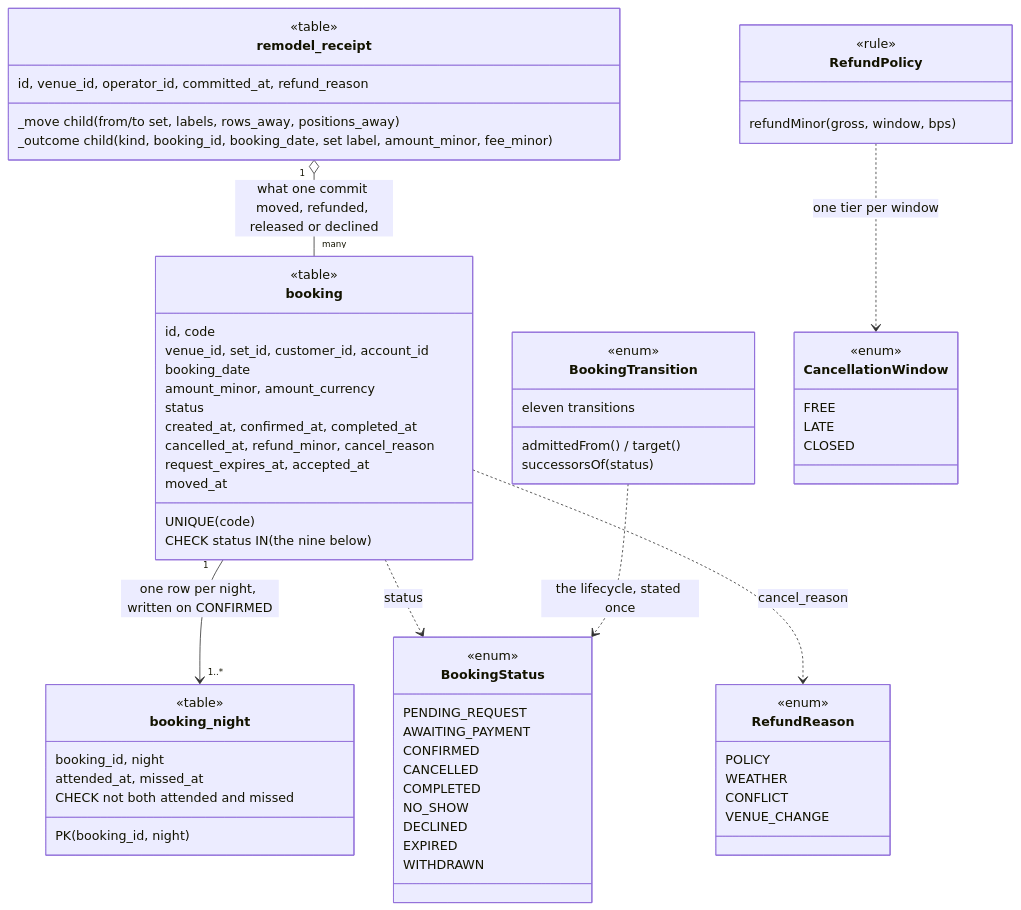
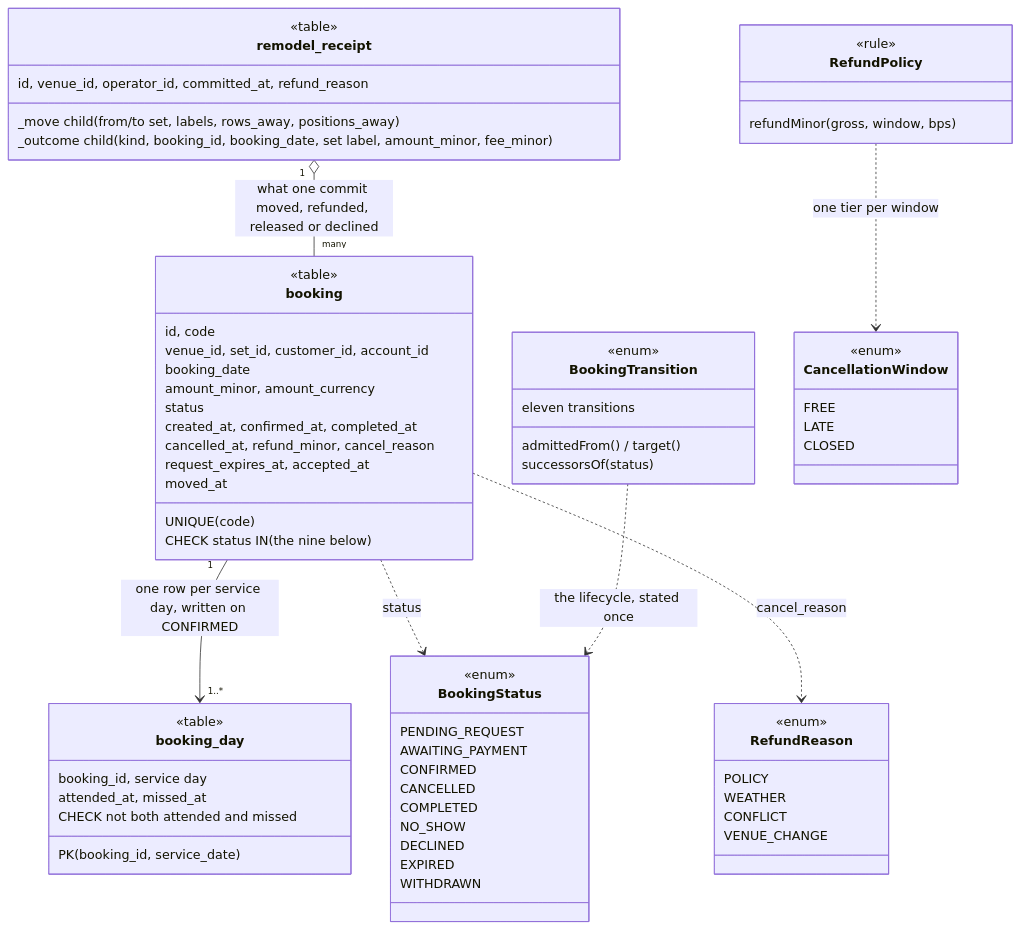
One commit to ivopogace/riviera-sunbed-booking changed the fifth of 15 diagrams in docs/architecture/domain-model.md. Above: the diagram before and after it, drawn with Mermaid. The commit also changed other lines of this file and 31 other files, not shown here.

First line of the commit message:
A stay's unit is the service day, not the night: booking_day(booking_id, service_date) (#1200)

````diff
--- a/docs/architecture/domain-model.md
+++ b/docs/architecture/domain-model.md
@@ -323,71 +323,71 @@
 ```mermaid
 classDiagram
     class booking {
         <<table>>
         id, code
         venue_id, set_id, customer_id, account_id
         booking_date
         amount_minor, amount_currency
         status
         created_at, confirmed_at, completed_at
         cancelled_at, refund_minor, cancel_reason
         request_expires_at, accepted_at
         moved_at
         UNIQUE (code)
         CHECK status IN (the nine below)
     }
-    class booking_night {
+    class booking_day {
         <<table>>
-        booking_id, night
+        booking_id, service day
         attended_at, missed_at
-        PK (booking_id, night)
+        PK (booking_id, service_date)
         CHECK not both attended and missed
     }
-    booking "1" --> "1..*" booking_night : one row per night, written on CONFIRMED
+    booking "1" --> "1..*" booking_day : one row per service day, written on CONFIRMED
     class BookingStatus {
         <<enum>>
         PENDING_REQUEST
         AWAITING_PAYMENT
         CONFIRMED
         CANCELLED
         COMPLETED
         NO_SHOW
         DECLINED
         EXPIRED
         WITHDRAWN
     }
     class BookingTransition {
         <<enum>>
         eleven transitions
         admittedFrom() / target()
         successorsOf(status)
     }
     class RefundPolicy {
         <<rule>>
         refundMinor(gross, window, bps)
     }
     class CancellationWindow {
         <<enum>>
         FREE
         LATE
         CLOSED
     }
     class RefundReason {
         <<enum>>
         POLICY
         WEATHER
         CONFLICT
         VENUE_CHANGE
     }
     class remodel_receipt {
         <<table>>
         id, venue_id, operator_id, committed_at, refund_reason
         _move child (from/to set, labels, rows_away, positions_away)
         _outcome child (kind, booking_id, booking_date, set label, amount_minor, fee_minor)
     }
     booking ..> BookingStatus : status
     BookingTransition ..> BookingStatus : the lifecycle, stated once
     RefundPolicy ..> CancellationWindow : one tier per window
     booking ..> RefundReason : cancel_reason
     remodel_receipt "1" o-- "many" booking : what one commit moved, refunded, released or declined
 ```
````
